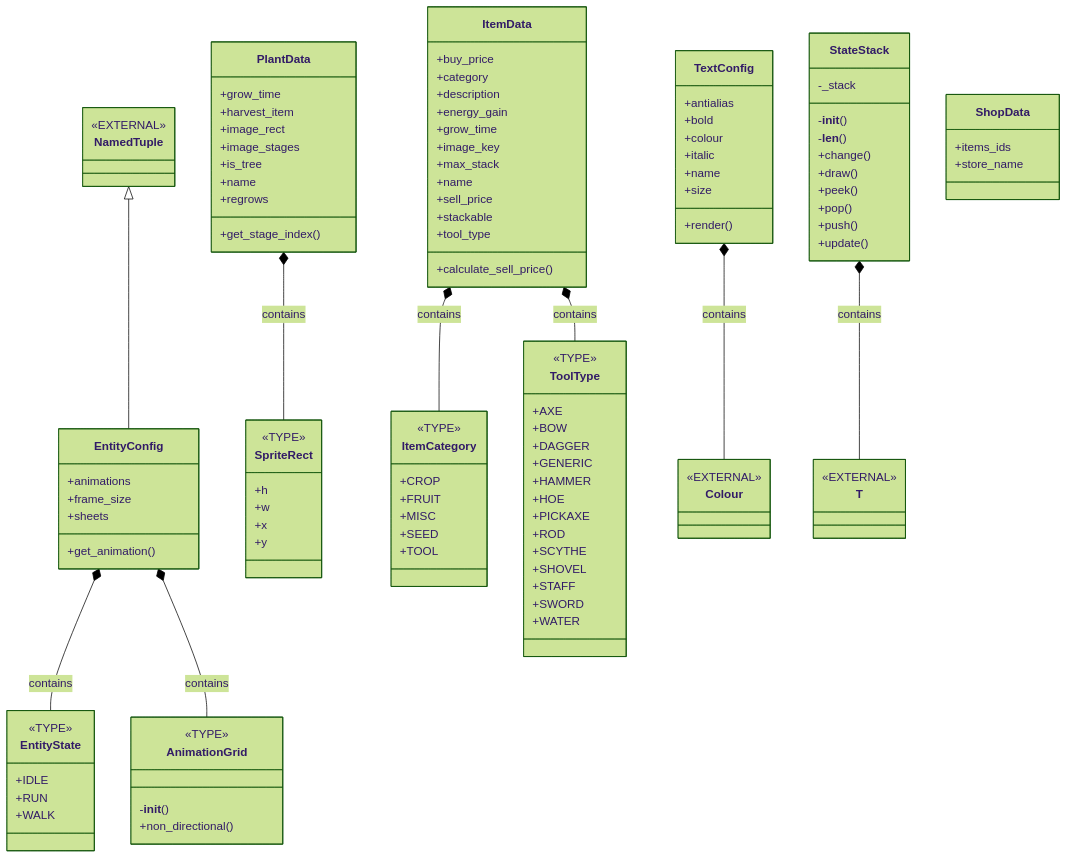
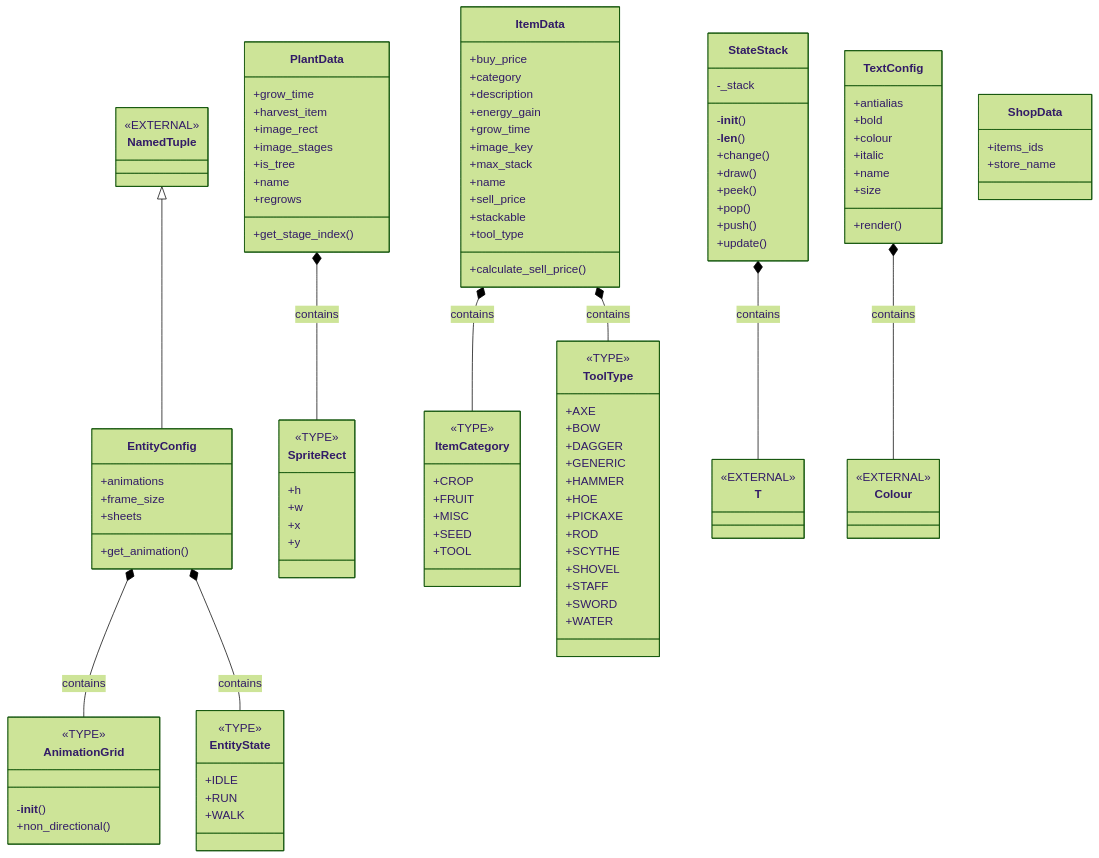
The diagram in uml/data_models_uml.md (FlamboyantKiwi/Python-Plant-Sim), drawn with Mermaid (forest theme) before and after one commit. The commit also changed other lines of this file and 11 other files, not shown here.

First line of the commit message:
Make UML generation robust; update UML docs

````diff
--- a/uml/data_models_uml.md
+++ b/uml/data_models_uml.md
@@ -1,13 +1,13 @@
 ```mermaid
 classDiagram
     NamedTuple <|-- EntityConfig
-    EntityConfig *-- EntityState : contains
+    PlantData *-- SpriteRect : contains
     ItemData *-- ItemCategory : contains
-    EntityConfig *-- AnimationGrid : contains
-    PlantData *-- SpriteRect : contains
-    TextConfig *-- Colour : contains
     StateStack *-- T : contains
     ItemData *-- ToolType : contains
+    EntityConfig *-- AnimationGrid : contains
+    TextConfig *-- Colour : contains
+    EntityConfig *-- EntityState : contains
     class AnimationGrid {
         <<TYPE>>
         -__init__()
````
